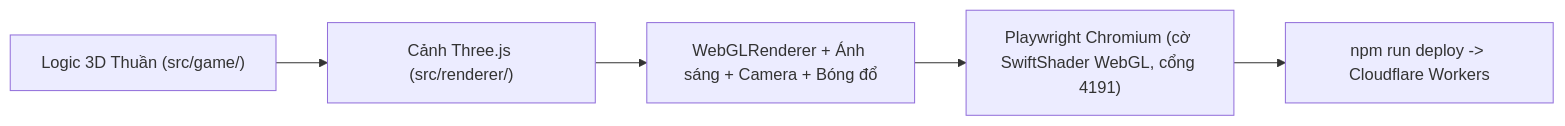
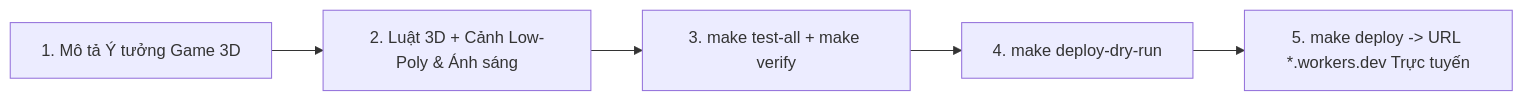
Before and after one commit to vuhung16au/gemini-games: the diagram in courses/day-09-building-a-3d-game/README.vi.md, drawn with Mermaid. The commit also changed other lines of this file and 30 other files, not shown here.

````diff
--- a/courses/day-09-building-a-3d-game/README.vi.md
+++ b/courses/day-09-building-a-3d-game/README.vi.md
@@ -12,7 +12,7 @@
 ```mermaid
 flowchart LR
-  Sim["Logic 3D Thuần (src/game/)"] --> Scene["Cảnh Three.js (src/renderer/)"]
-  Scene --> WebGL["WebGLRenderer + Ánh sáng + Camera + Bóng đổ"]
-  WebGL --> E2E["Playwright Chromium (cờ SwiftShader WebGL, cổng 4191)"]
-  E2E --> Deploy["npm run deploy -> Cloudflare Workers"]
+  Idea["1. Mô tả Ý tưởng Game 3D"] --> Sim["2. Luật 3D + Cảnh Low-Poly & Ánh sáng"]
+  Sim --> Verify["3. make test-all + make verify"]
+  Verify --> DryRun["4. make deploy-dry-run"]
+  DryRun --> Deploy["5. make deploy -> URL *.workers.dev Trực tuyến"]
 ```
````
